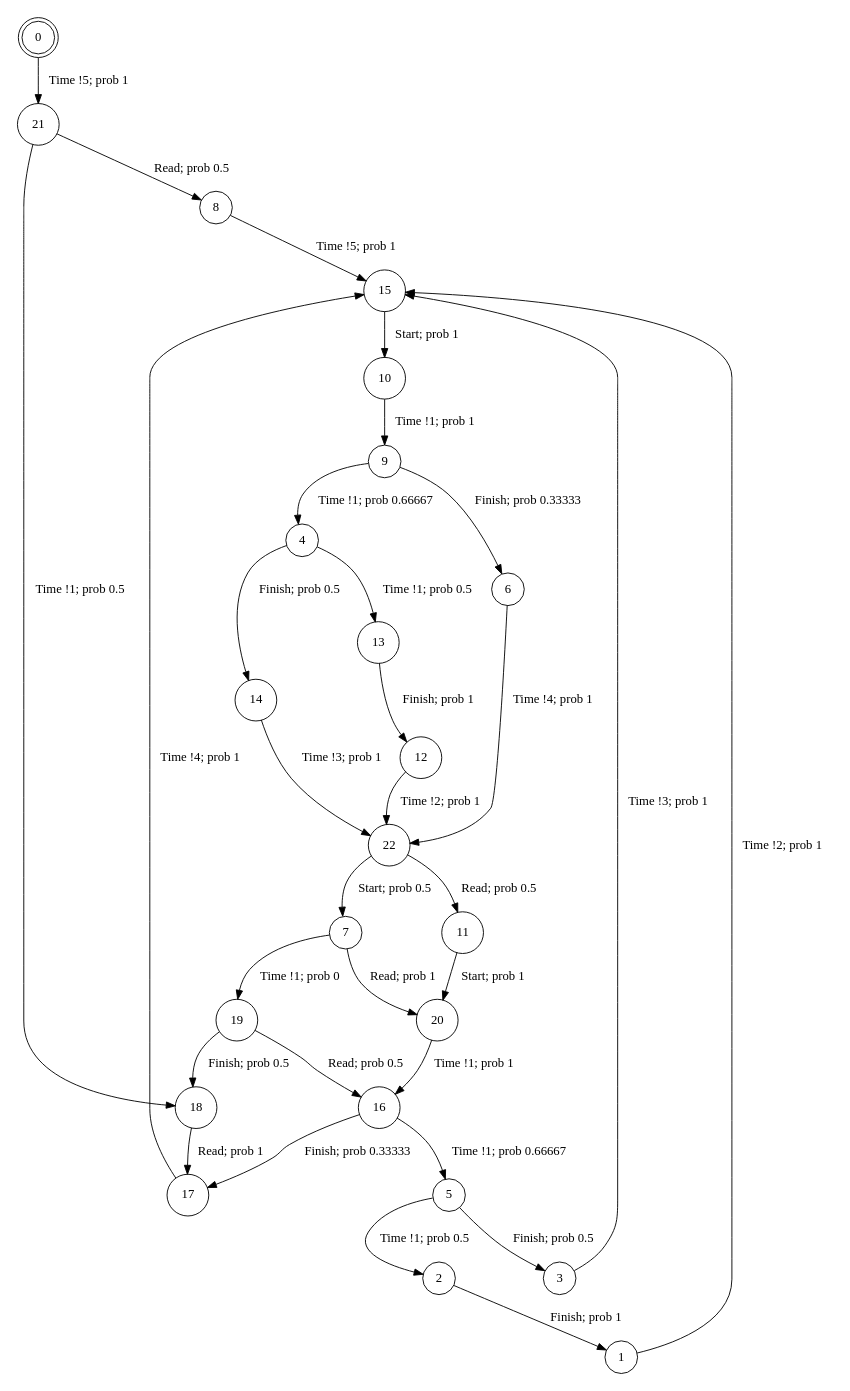
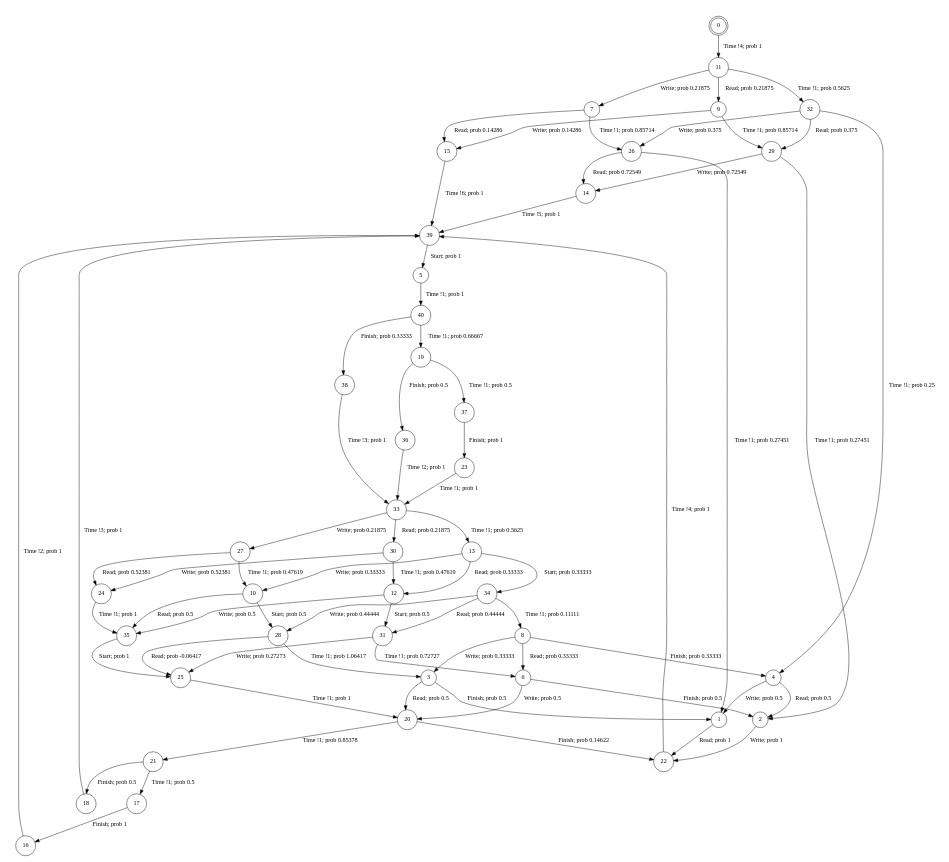
The diagram in experiments/aebs/aebs-min-pts.dot (irmanfaqrizal/ptsv), drawn with Graphviz before and after one commit. The commit also changed 142 other files, not shown here.

```diff
--- a/experiments/aebs/aebs-min-pts.dot
+++ b/experiments/aebs/aebs-min-pts.dot
@@ -1,37 +1,76 @@
 digraph BCG {
 size = "7, 10.5";
 center = TRUE;
 node [shape = circle];
 0 [peripheries = 2];
-0 -> 21 [label = "Time !5; prob 1"];
-1 -> 15 [label = "Time !2; prob 1"];
-2 -> 1 [label = "Finish; prob 1"];
-3 -> 15 [label = "Time !3; prob 1"];
-4 -> 14 [label = "Finish; prob 0.5"];
-4 -> 13 [label = "Time !1; prob 0.5"];
-5 -> 3 [label = "Finish; prob 0.5"];
-5 -> 2 [label = "Time !1; prob 0.5"];
-6 -> 22 [label = "Time !4; prob 1"];
-7 -> 19 [label = "Time !1; prob 0"];
-7 -> 20 [label = "Read; prob 1"];
-8 -> 15 [label = "Time !5; prob 1"];
-9 -> 4 [label = "Time !1; prob 0.66667"];
-9 -> 6 [label = "Finish; prob 0.33333"];
-10 -> 9 [label = "Time !1; prob 1"];
-11 -> 20 [label = "Start; prob 1"];
-12 -> 22 [label = "Time !2; prob 1"];
-13 -> 12 [label = "Finish; prob 1"];
-14 -> 22 [label = "Time !3; prob 1"];
-15 -> 10 [label = "Start; prob 1"];
-16 -> 5 [label = "Time !1; prob 0.66667"];
-16 -> 17 [label = "Finish; prob 0.33333"];
-17 -> 15 [label = "Time !4; prob 1"];
-18 -> 17 [label = "Read; prob 1"];
-19 -> 18 [label = "Finish; prob 0.5"];
-19 -> 16 [label = "Read; prob 0.5"];
-20 -> 16 [label = "Time !1; prob 1"];
-21 -> 8 [label = "Read; prob 0.5"];
-21 -> 18 [label = "Time !1; prob 0.5"];
-22 -> 11 [label = "Read; prob 0.5"];
-22 -> 7 [label = "Start; prob 0.5"];
+0 -> 11 [label = "Time !4; prob 1"];
+1 -> 22 [label = "Read; prob 1"];
+2 -> 22 [label = "Write; prob 1"];
+3 -> 20 [label = "Read; prob 0.5"];
+3 -> 1 [label = "Finish; prob 0.5"];
+4 -> 1 [label = "Write; prob 0.5"];
+4 -> 2 [label = "Read; prob 0.5"];
+5 -> 40 [label = "Time !1; prob 1"];
+6 -> 2 [label = "Finish; prob 0.5"];
+6 -> 20 [label = "Write; prob 0.5"];
+7 -> 15 [label = "Read; prob 0.14286"];
+7 -> 26 [label = "Time !1; prob 0.85714"];
+8 -> 3 [label = "Write; prob 0.33333"];
+8 -> 4 [label = "Finish; prob 0.33333"];
+8 -> 6 [label = "Read; prob 0.33333"];
+9 -> 15 [label = "Write; prob 0.14286"];
+9 -> 29 [label = "Time !1; prob 0.85714"];
+10 -> 28 [label = "Start; prob 0.5"];
+10 -> 35 [label = "Read; prob 0.5"];
+11 -> 7 [label = "Write; prob 0.21875"];
+11 -> 9 [label = "Read; prob 0.21875"];
+11 -> 32 [label = "Time !1; prob 0.5625"];
+12 -> 31 [label = "Start; prob 0.5"];
+12 -> 35 [label = "Write; prob 0.5"];
+13 -> 34 [label = "Start; prob 0.33333"];
+13 -> 12 [label = "Read; prob 0.33333"];
+13 -> 10 [label = "Write; prob 0.33333"];
+14 -> 39 [label = "Time !5; prob 1"];
+15 -> 39 [label = "Time !6; prob 1"];
+16 -> 39 [label = "Time !2; prob 1"];
+17 -> 16 [label = "Finish; prob 1"];
+18 -> 39 [label = "Time !3; prob 1"];
+19 -> 36 [label = "Finish; prob 0.5"];
+19 -> 37 [label = "Time !1; prob 0.5"];
+20 -> 21 [label = "Time !1; prob 0.85378"];
+20 -> 22 [label = "Finish; prob 0.14622"];
+21 -> 17 [label = "Time !1; prob 0.5"];
+21 -> 18 [label = "Finish; prob 0.5"];
+22 -> 39 [label = "Time !4; prob 1"];
+23 -> 33 [label = "Time !1; prob 1"];
+24 -> 35 [label = "Time !1; prob 1"];
+25 -> 20 [label = "Time !1; prob 1"];
+26 -> 14 [label = "Read; prob 0.72549"];
+26 -> 1 [label = "Time !1; prob 0.27451"];
+27 -> 24 [label = "Read; prob 0.52381"];
+27 -> 10 [label = "Time !1; prob 0.47619"];
+28 -> 3 [label = "Time !1; prob 1.06417"];
+28 -> 25 [label = "Read; prob -0.06417"];
+29 -> 14 [label = "Write; prob 0.72549"];
+29 -> 2 [label = "Time !1; prob 0.27451"];
+30 -> 24 [label = "Write; prob 0.52381"];
+30 -> 12 [label = "Time !1; prob 0.47619"];
+31 -> 6 [label = "Time !1; prob 0.72727"];
+31 -> 25 [label = "Write; prob 0.27273"];
+32 -> 4 [label = "Time !1; prob 0.25"];
+32 -> 26 [label = "Write; prob 0.375"];
+32 -> 29 [label = "Read; prob 0.375"];
+33 -> 30 [label = "Read; prob 0.21875"];
+33 -> 27 [label = "Write; prob 0.21875"];
+33 -> 13 [label = "Time !1; prob 0.5625"];
+34 -> 8 [label = "Time !1; prob 0.11111"];
+34 -> 31 [label = "Read; prob 0.44444"];
+34 -> 28 [label = "Write; prob 0.44444"];
+35 -> 25 [label = "Start; prob 1"];
+36 -> 33 [label = "Time !2; prob 1"];
+37 -> 23 [label = "Finish; prob 1"];
+38 -> 33 [label = "Time !3; prob 1"];
+39 -> 5 [label = "Start; prob 1"];
+40 -> 19 [label = "Time !1; prob 0.66667"];
+40 -> 38 [label = "Finish; prob 0.33333"];
 }
```
